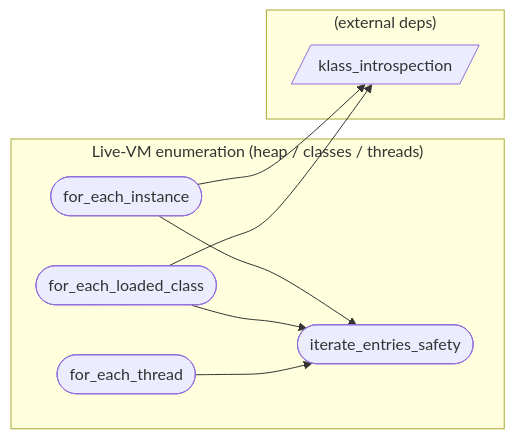
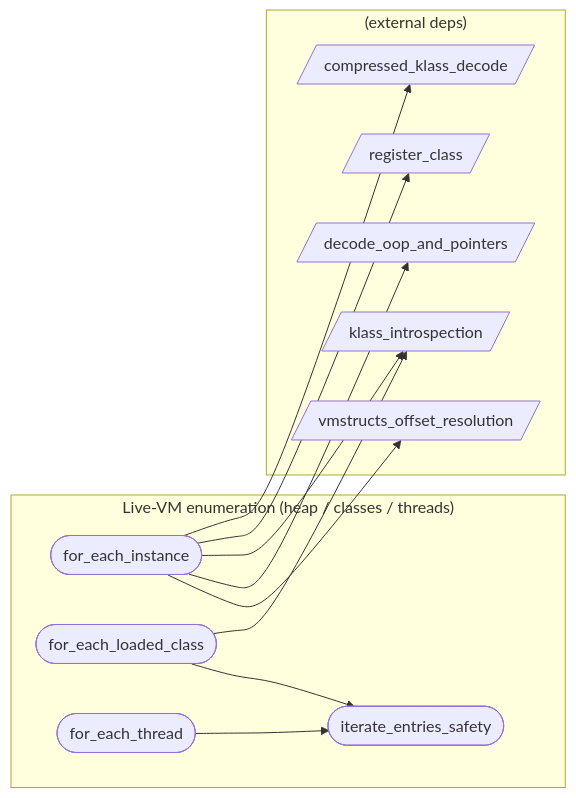
Before and after one commit to xxxnpno/VMHook: the diagram in audit/graph/categories/enumeration.md, drawn with Mermaid. The commit also changed other lines of this file and 26 other files, not shown here.

First line of the commit message:
docs(audit/features): enrich hook_chaining, hook_install_after_jit, hook_unhook_double_free, signature_parsing, for_each_instance

````diff
--- a/audit/graph/categories/enumeration.md
+++ b/audit/graph/categories/enumeration.md
@@ -21,17 +21,24 @@
 ```mermaid
 flowchart LR
   subgraph enumeration["Live-VM enumeration (heap / classes / threads)"]
     for_each_instance([for_each_instance])
     for_each_loaded_class([for_each_loaded_class])
     for_each_thread([for_each_thread])
     iterate_entries_safety([iterate_entries_safety])
   end
   subgraph external["(external deps)"]
+    compressed_klass_decode[/compressed_klass_decode/]
+    decode_oop_and_pointers[/decode_oop_and_pointers/]
     klass_introspection[/klass_introspection/]
+    register_class[/register_class/]
+    vmstructs_offset_resolution[/vmstructs_offset_resolution/]
   end
+  for_each_instance --> vmstructs_offset_resolution
+  for_each_instance --> decode_oop_and_pointers
   for_each_instance --> klass_introspection
-  for_each_instance --> iterate_entries_safety
+  for_each_instance --> register_class
+  for_each_instance --> compressed_klass_decode
   for_each_loaded_class --> iterate_entries_safety
   for_each_loaded_class --> klass_introspection
   for_each_thread --> iterate_entries_safety
 ```
````
